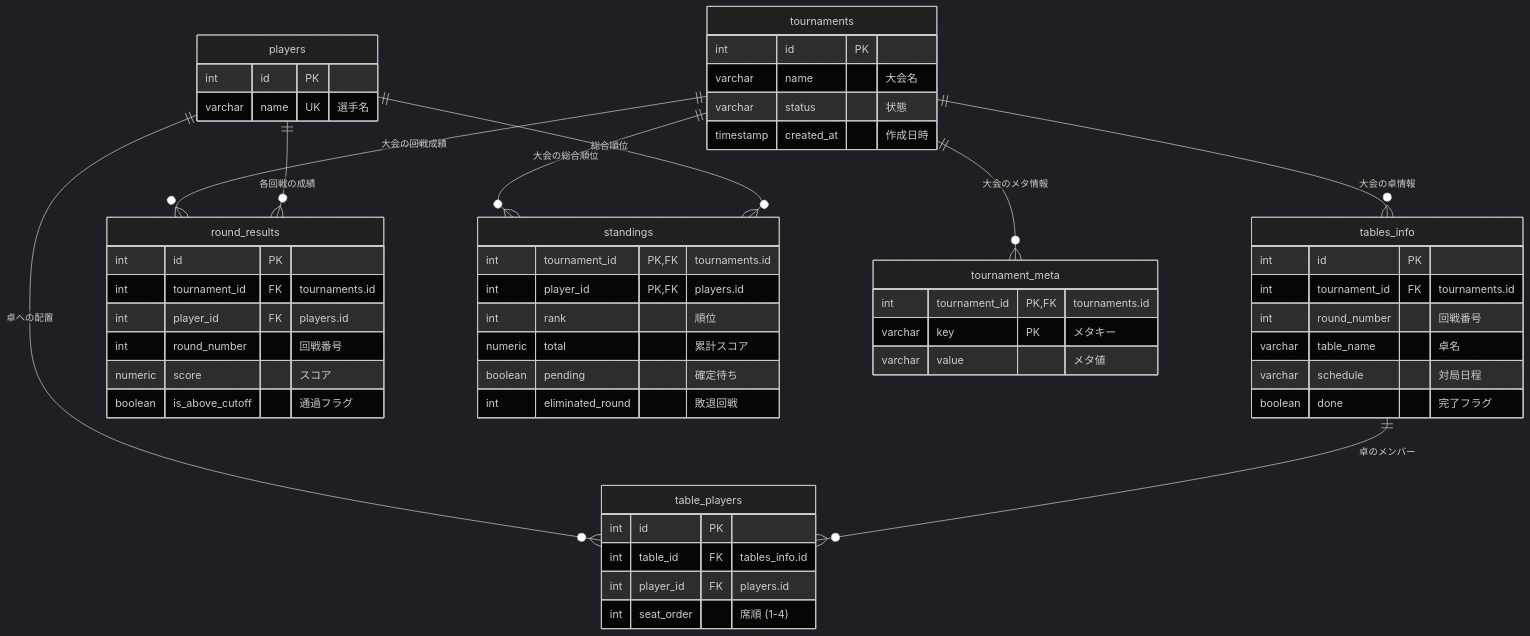
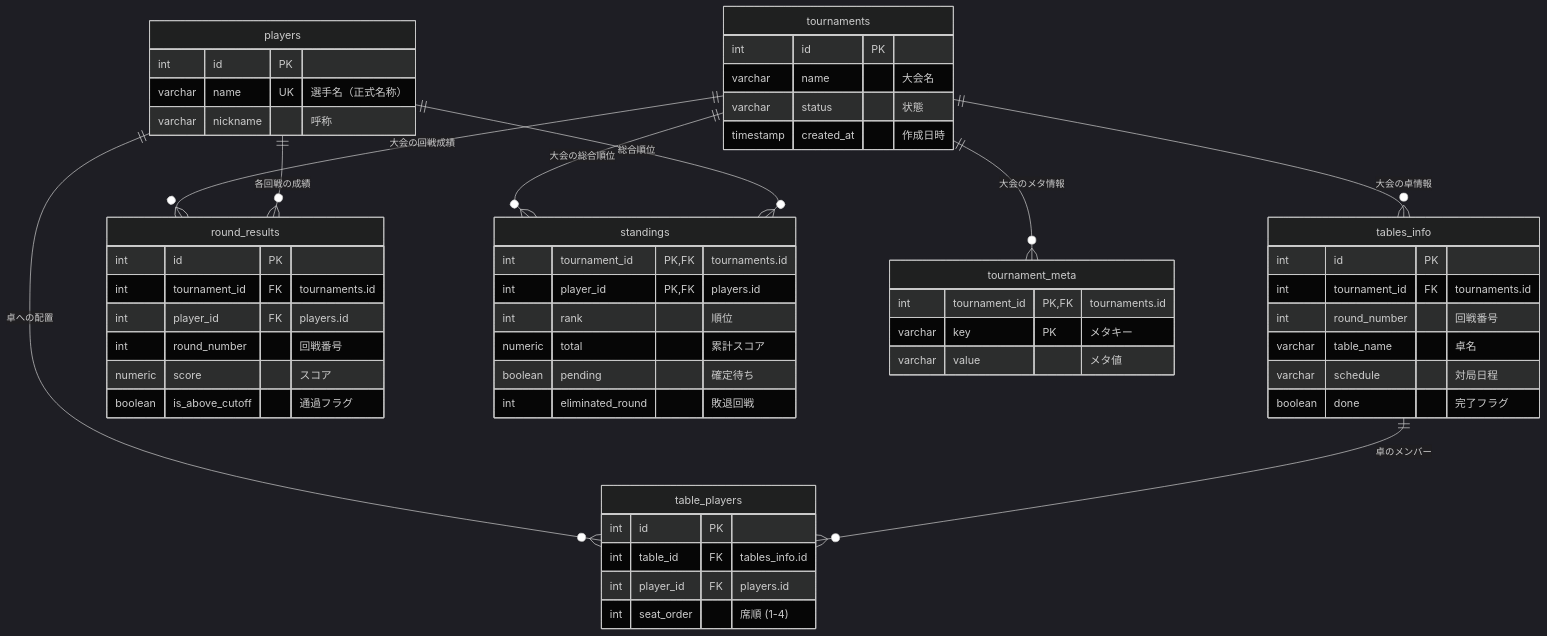
Before and after one commit to aokyun1031/jantama_records_dev: the diagram in docs/database.md, drawn with Mermaid (dark theme). The commit also changed other lines of this file and 8 other files, not shown here.

````diff
--- a/docs/database.md
+++ b/docs/database.md
@@ -21,63 +21,64 @@
 ```mermaid
 erDiagram
     tournaments ||--o{ tables_info : "大会の卓情報"
     tournaments ||--o{ round_results : "大会の回戦成績"
     tournaments ||--o{ standings : "大会の総合順位"
     tournaments ||--o{ tournament_meta : "大会のメタ情報"
     players ||--o{ round_results : "各回戦の成績"
     players ||--o{ standings : "総合順位"
     players ||--o{ table_players : "卓への配置"
     tables_info ||--o{ table_players : "卓のメンバー"
 
     tournaments {
         int id PK
         varchar name "大会名"
         varchar status "状態"
         timestamp created_at "作成日時"
     }
 
     players {
         int id PK
-        varchar name UK "選手名"
+        varchar name UK "選手名（正式名称）"
+        varchar nickname "呼称"
     }
 
     tables_info {
         int id PK
         int tournament_id FK "tournaments.id"
         int round_number "回戦番号"
         varchar table_name "卓名"
         varchar schedule "対局日程"
         boolean done "完了フラグ"
     }
 
     table_players {
         int id PK
         int table_id FK "tables_info.id"
         int player_id FK "players.id"
         int seat_order "席順 (1-4)"
     }
 
     round_results {
         int id PK
         int tournament_id FK "tournaments.id"
         int player_id FK "players.id"
         int round_number "回戦番号"
         numeric score "スコア"
         boolean is_above_cutoff "通過フラグ"
     }
 
     standings {
         int tournament_id PK,FK "tournaments.id"
         int player_id PK,FK "players.id"
         int rank "順位"
         numeric total "累計スコア"
         boolean pending "確定待ち"
         int eliminated_round "敗退回戦"
     }
 
     tournament_meta {
         int tournament_id PK,FK "tournaments.id"
         varchar key PK "メタキー"
         varchar value "メタ値"
     }
 ```
````
